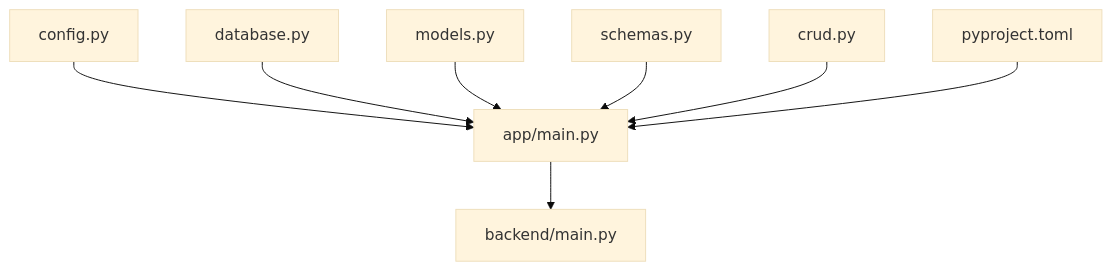
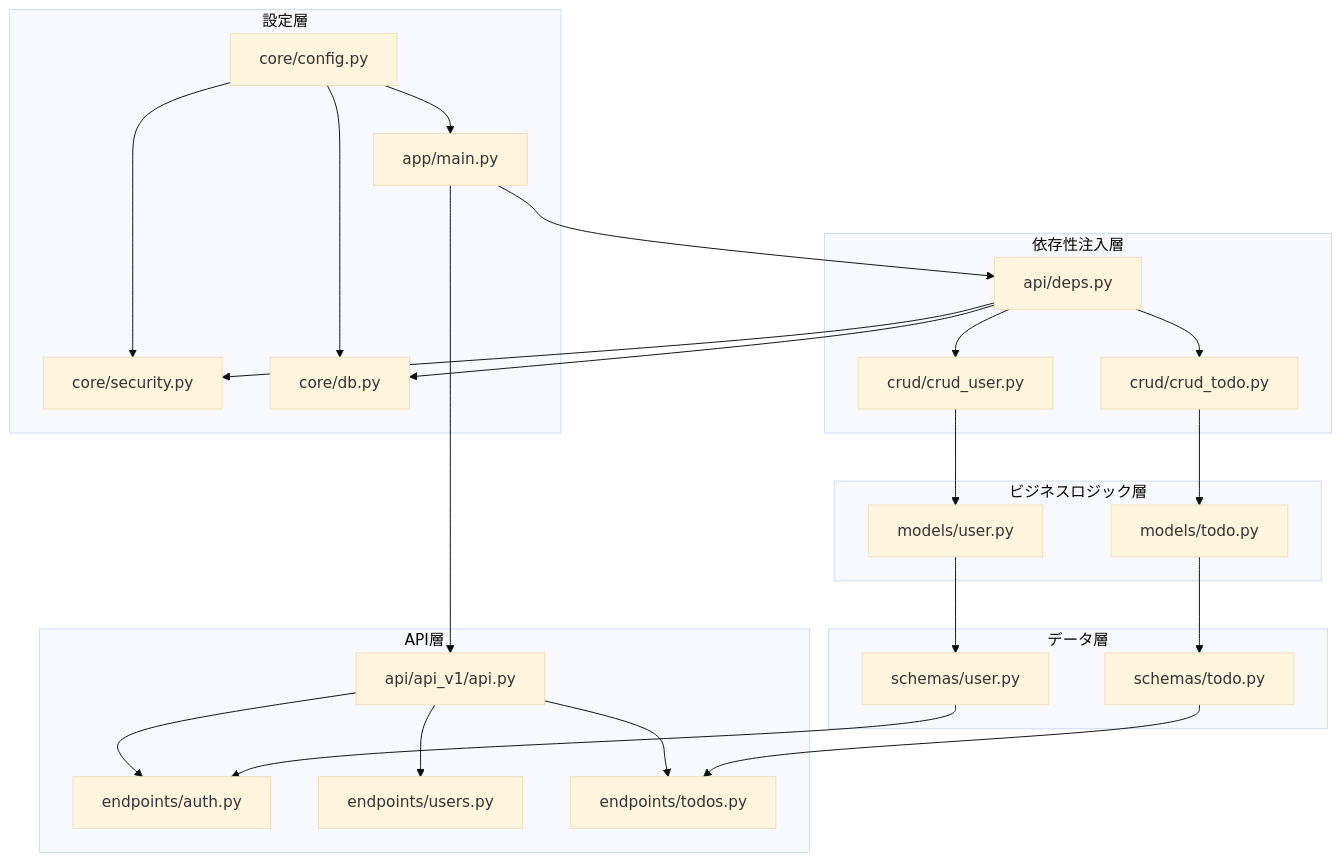
One commit to ss8806/Todos changed the third of 3 diagrams in .qoder/repowiki/ja/content/アーキテクチャ/バックエンドアーキテクチャ.md. Above: the diagram before and after it, drawn with Mermaid (base theme). The commit also changed other lines of this file and 6 other files, not shown here.

````diff
--- a/.qoder/repowiki/ja/content/アーキテクチャ/バックエンドアーキテクチャ.md
+++ b/.qoder/repowiki/ja/content/アーキテクチャ/バックエンドアーキテクチャ.md
@@ -231,10 +418,31 @@
 ```mermaid
 graph TB
-CFG["config.py"] --> APP["app/main.py"]
-DBM["database.py"] --> APP
-MODELS["models.py"] --> APP
-SCHEMAS["schemas.py"] --> APP
-CRUD["crud.py"] --> APP
-PYPROJ["pyproject.toml"] --> APP
-APP --> MAIN["backend/main.py"]
+subgraph "設定層"
+CFG["core/config.py"] --> APP["app/main.py"]
+CFG --> CORESEC["core/security.py"]
+CFG --> COREDB["core/db.py"]
+end
+subgraph "API層"
+APIV1["api/api_v1/api.py"] --> AUTH["endpoints/auth.py"]
+APIV1 --> USERS["endpoints/users.py"]
+APIV1 --> TODOS["endpoints/todos.py"]
+end
+subgraph "依存性注入層"
+DEPS["api/deps.py"] --> COREDB
+DEPS --> CORESEC
+DEPS --> CRUDU["crud/crud_user.py"]
+DEPS --> CRUDT["crud/crud_todo.py"]
+end
+subgraph "ビジネスロジック層"
+CRUDU --> MODELU["models/user.py"]
+CRUDT --> MODELTD["models/todo.py"]
+end
+subgraph "データ層"
+MODELU --> SCHEMAU["schemas/user.py"]
+MODELTD --> SCHEMAT["schemas/todo.py"]
+SCHEMAU --> AUTH
+SCHEMAT --> TODOS
+end
+APP --> APIV1
+APP --> DEPS
 ```
````
